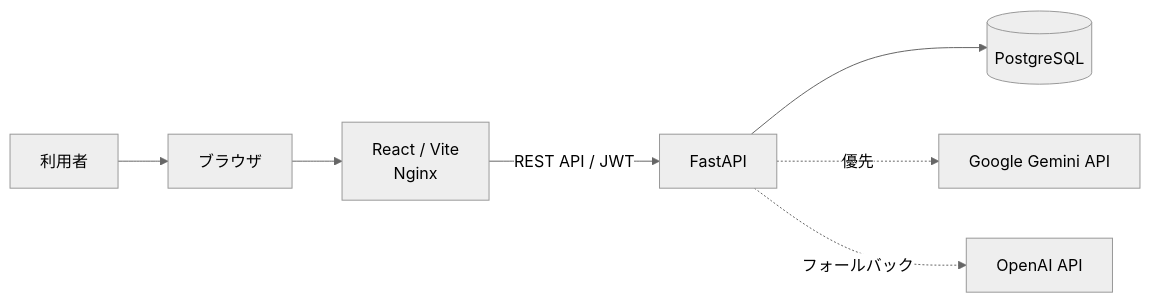
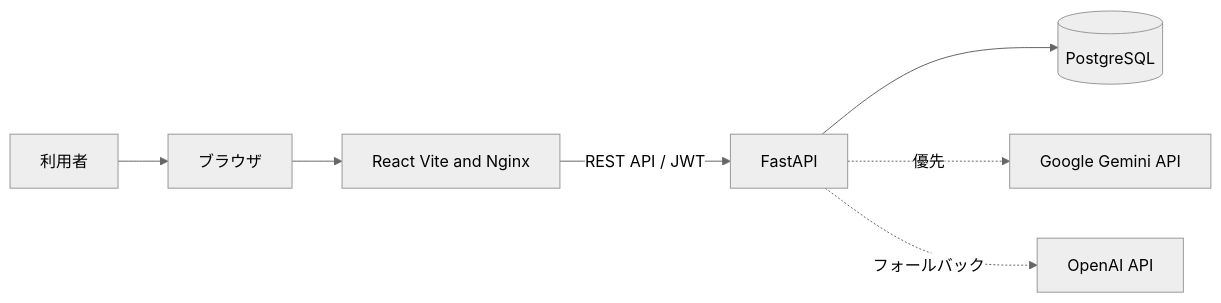
The first of 4 diagrams in README.md (rtiak-ops/learning-app), drawn with Mermaid (neutral theme) before and after one commit.

Commit message:
Update README architecture diagram label

````diff
--- a/README.md
+++ b/README.md
@@ -43,9 +43,9 @@
 ```mermaid
 flowchart LR
     User[利用者] --> Browser[ブラウザ]
-    Browser --> Frontend[React / Vite\nNginx]
+    Browser --> Frontend[React Vite and Nginx]
     Frontend -->|REST API / JWT| Backend[FastAPI]
     Backend --> DB[(PostgreSQL)]
     Backend -.->|優先| Gemini[Google Gemini API]
     Backend -.->|フォールバック| OpenAI[OpenAI API]
 ```
````
